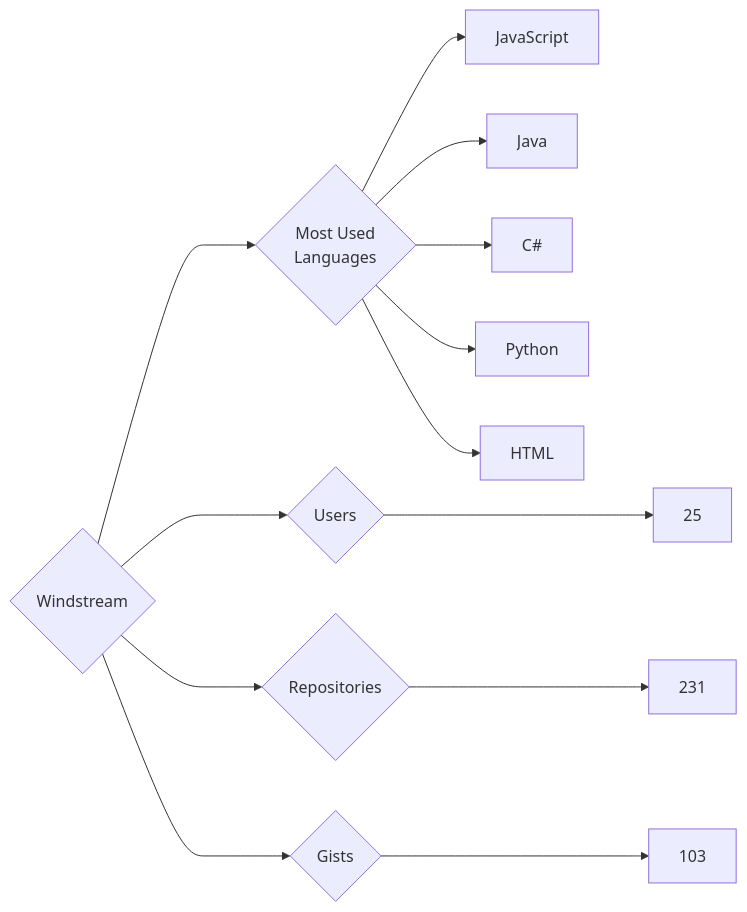
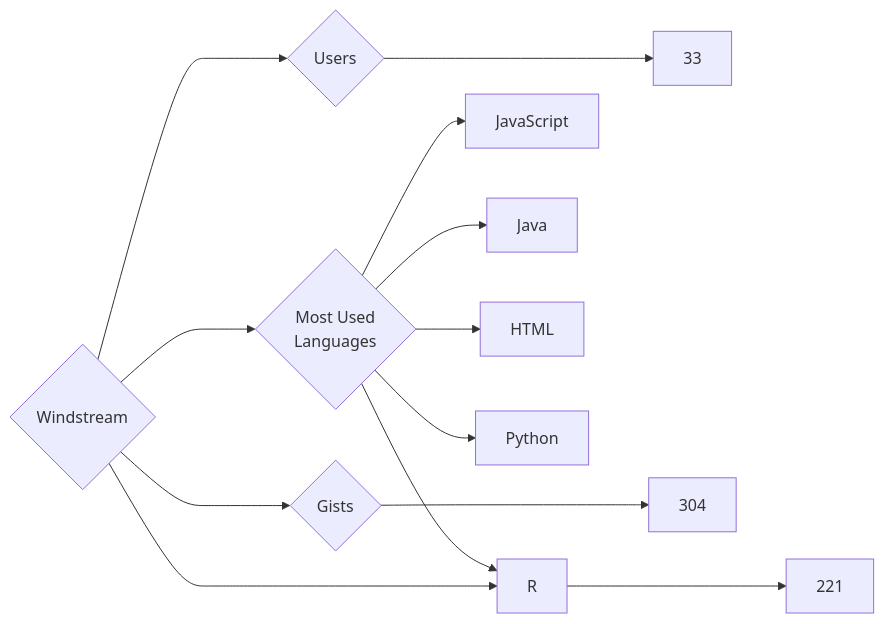
One commit to trickest/insiders changed the diagram in targets/Windstream/README.md. Above: the diagram before and after it, drawn with Mermaid. The commit also changed 794 other files, not shown here.

````diff
--- a/targets/Windstream/README.md
+++ b/targets/Windstream/README.md
@@ -3,13 +3,13 @@
 ```mermaid
 graph LR
 COMPANY_NAME{Windstream}
-COMPANY_NAME ---> U{Users} ---> UN[25]
-COMPANY_NAME ---> R{Repositories} ---> RN[231]
-COMPANY_NAME ---> G{Gists} ---> GN[103]
+COMPANY_NAME ---> U{Users} ---> UN[33]
+COMPANY_NAME ---> R{Repositories} ---> RN[221]
+COMPANY_NAME ---> G{Gists} ---> GN[304]
 COMPANY_NAME ---> ML{Most Used<br>Languages}
 ML --> JavaScript[JavaScript]
 ML --> Java[Java]
-ML --> C#[C#]
+ML --> HTML[HTML]
+ML --> R[R]
 ML --> Python[Python]
-ML --> HTML[HTML]
 ```
````
